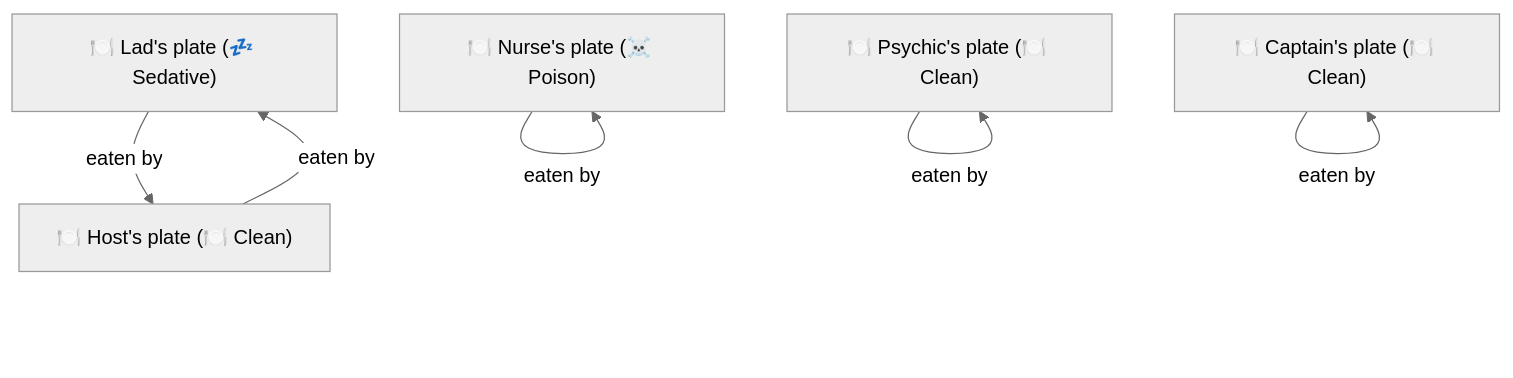
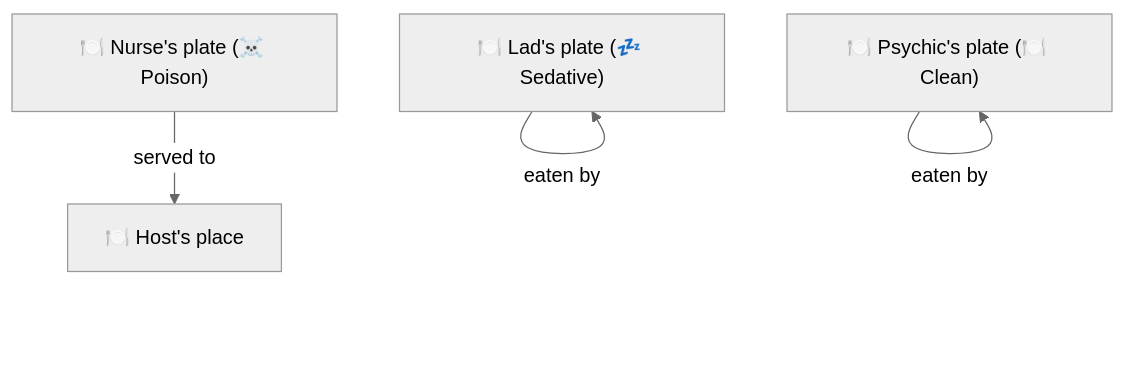
One commit to olivierpierre85/ClaythornManor changed the fifth of 5 diagrams in docs/game_story/day3_poisoning_chart.md. Above: the diagram before and after it, drawn with Mermaid (neutral theme). The commit also changed other lines of this file and 8 other files, not shown here.

````diff
--- a/docs/game_story/day3_poisoning_chart.md
+++ b/docs/game_story/day3_poisoning_chart.md
@@ -74,14 +74,11 @@
 ```mermaid
 graph TB
     nurse_poison["🍽️ Nurse's plate (☠️ Poison)"]
     lad_sedative["🍽️ Lad's plate (💤 Sedative)"]
-    host_clean["🍽️ Host's plate (🍽️ Clean)"]
+    host_clean["🍽️ Host's place"]
     psychic_clean["🍽️ Psychic's plate (🍽️ Clean)"]
-    captain_clean["🍽️ Captain's plate (🍽️ Clean)"]
 
-    nurse_poison -->|eaten by| nurse_poison
-    lad_sedative -->|eaten by| host_clean
-    host_clean -->|eaten by| lad_sedative
+    nurse_poison -->|served to| host_clean
+    lad_sedative -->|eaten by| lad_sedative
     psychic_clean -->|eaten by| psychic_clean
-    captain_clean -->|eaten by| captain_clean
 ```
````
